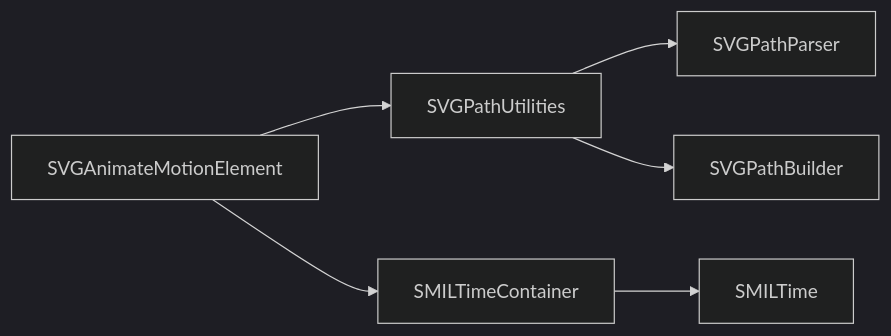
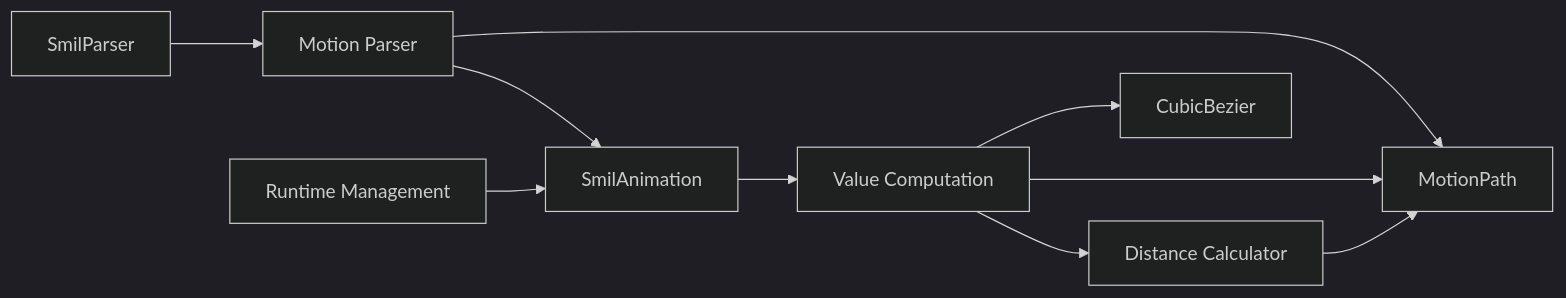
One commit to denisnadey/flutter_full_svg_support changed the sixth of 6 diagrams in .qoder/repowiki/en/content/Animated SVG Support/Advanced Animation Features/Motion Animation and Path Tracking.md. Above: the diagram before and after it, drawn with Mermaid (dark theme). The commit also changed other lines of this file and 31 other files, not shown here.

First line of the commit message:
feat(smil-animation): implement advanced motion animation and path tracking

````diff
--- a/.qoder/repowiki/en/content/Animated SVG Support/Advanced Animation Features/Motion Animation and Path Tracking.md
+++ b/.qoder/repowiki/en/content/Animated SVG Support/Advanced Animation Features/Motion Animation and Path Tracking.md
@@ -268,8 +402,12 @@
 ```mermaid
 graph LR
-AMP["SVGAnimateMotionElement"] --> PUtil["SVGPathUtilities"]
-PUtil --> PParser["SVGPathParser"]
-PUtil --> PBuilder["SVGPathBuilder"]
-AMP --> STC["SMILTimeContainer"]
-STC --> ST["SMILTime"]
+SP["SmilParser"] --> SPM["Motion Parser"]
+SPM --> MP["MotionPath"]
+SPM --> SA["SmilAnimation"]
+SA --> SAC["Value Computation"]
+SAC --> MP
+SAC --> DC["Distance Calculator"]
+SAC --> CB["CubicBezier"]
+SAR["Runtime Management"] --> SA
+DC --> MP
 ```
````
